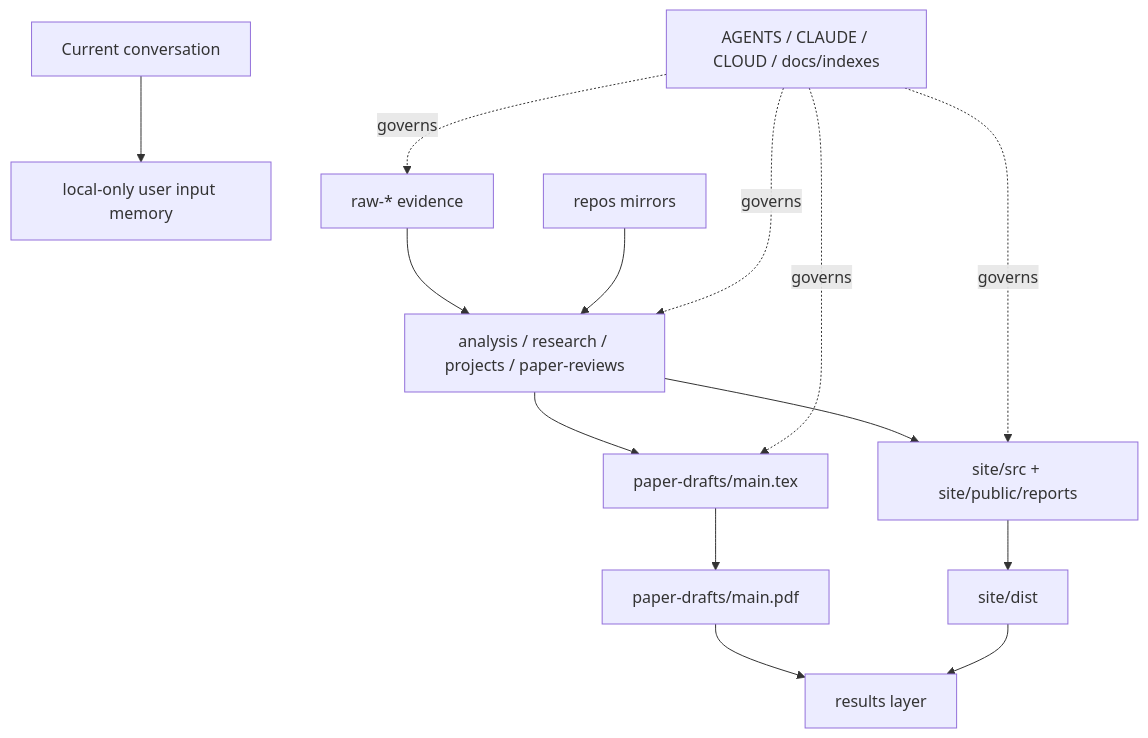
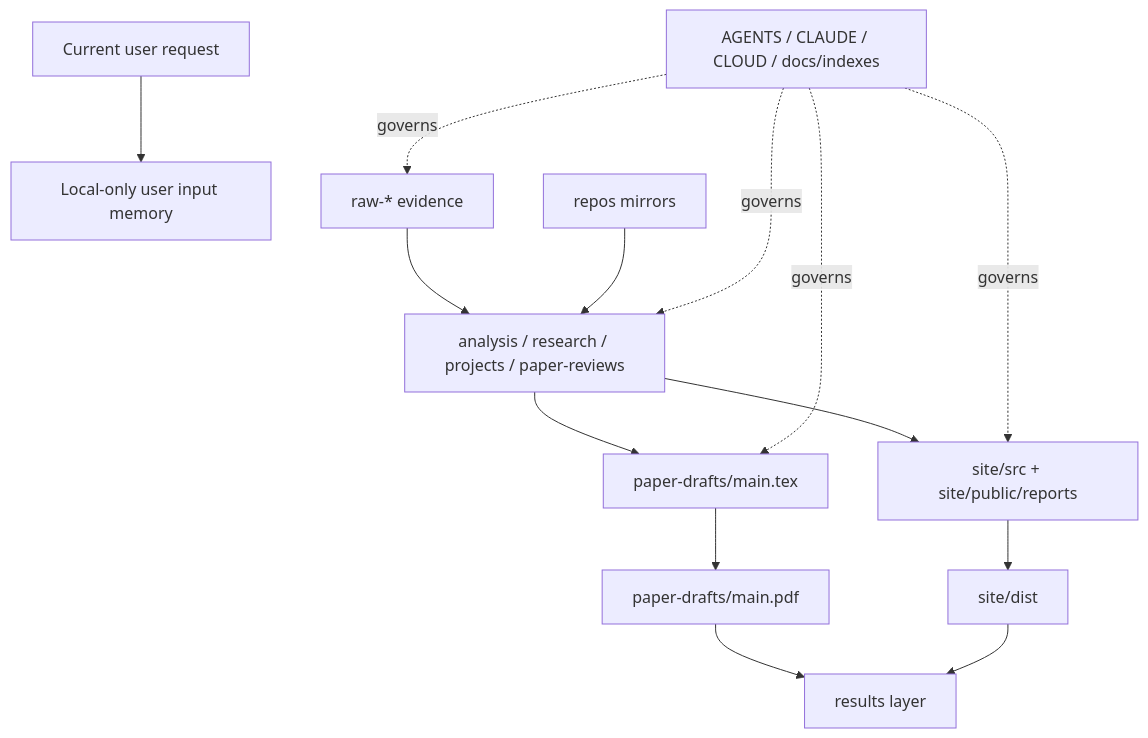
Before and after one commit to Shiyao-Huang/awesome-agent-evolution: the diagram in docs/project-management/project-structure.md, drawn with Mermaid. The commit also changed 21 other files, not shown here.

````diff
--- a/docs/project-management/project-structure.md
+++ b/docs/project-management/project-structure.md
@@ -29,16 +29,16 @@
 ```mermaid
 flowchart TB
-  U["Current conversation"] --> G["local-only user input memory"]
+  U["Current user request"] --> G["Local-only user input memory"]
   RAW["raw-* evidence"] --> PROC["analysis / research / projects / paper-reviews"]
   MIRROR["repos mirrors"] --> PROC
   PROC --> PAPER["paper-drafts/main.tex"]
   PROC --> SITE["site/src + site/public/reports"]
   PAPER --> PDF["paper-drafts/main.pdf"]
   SITE --> DIST["site/dist"]
   PDF --> RESULTS["results layer"]
   DIST --> RESULTS
   OPS["AGENTS / CLAUDE / CLOUD / docs/indexes"] -. governs .-> RAW
   OPS -. governs .-> PROC
   OPS -. governs .-> PAPER
   OPS -. governs .-> SITE
 ```
````
